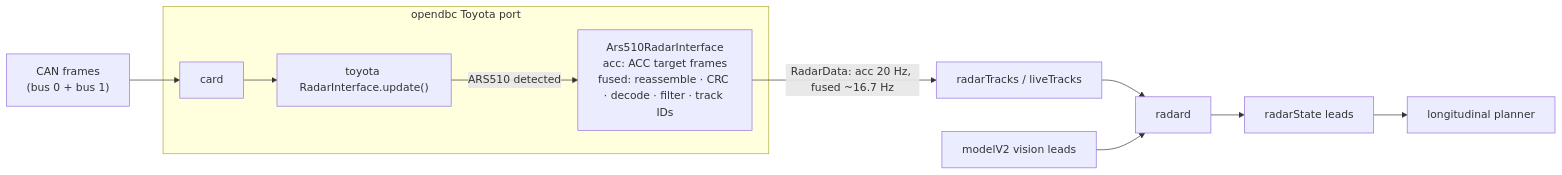
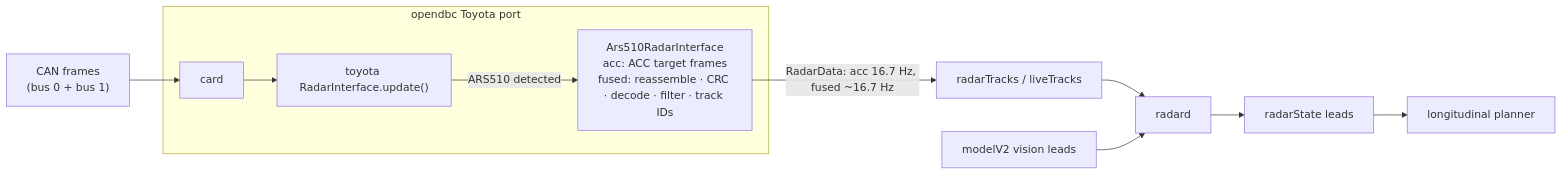
One commit to ds-sebastian/ars510-radar changed the diagram in docs/08_openpilot_integration.md. Above: the diagram before and after it, drawn with Mermaid. The commit also changed other lines of this file and 16 other files, not shown here.

````diff
--- a/docs/08_openpilot_integration.md
+++ b/docs/08_openpilot_integration.md
@@ -8,11 +8,11 @@
 ```mermaid
 flowchart LR
     CAN["CAN frames<br/>(bus 0 + bus 1)"] --> card
     subgraph opendbc Toyota port
         card --> RI["toyota RadarInterface.update()"]
         RI -- "ARS510 detected" --> A["Ars510RadarInterface<br/>acc: ACC target frames<br/>fused: reassemble · CRC · decode · filter · track IDs"]
     end
-    A -- "RadarData: acc 20 Hz, fused ~16.7 Hz" --> T["radarTracks / liveTracks"]
+    A -- "RadarData: acc 16.7 Hz, fused ~16.7 Hz" --> T["radarTracks / liveTracks"]
     T --> radard --> RS["radarState leads"] --> P[longitudinal planner]
     V["modelV2 vision leads"] --> radard
 ```
````
